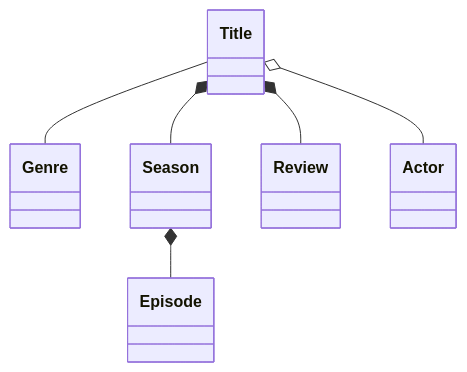
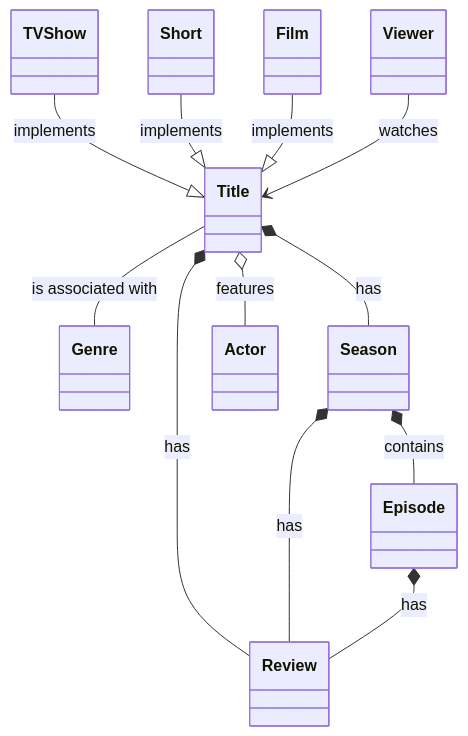
Before and after one commit to cristian658/mermaid-diagram: the diagram in Streamy.mmd, drawn with Mermaid. The commit also changed 1 other file, not shown here.

```diff
--- a/Streamy.mmd
+++ b/Streamy.mmd
@@ -1,7 +1,16 @@
 classDiagram
-  Title -- Genre
-  Title *-- Season
-  Title *-- Review
-  Title o-- Actor
+  Title -- Genre: is associated with
+  Title *-- Season: has
+  Title *-- Review: has
+  Title o-- Actor: features
 
-Season *-- Episode
+  TV Show --|> Title: implements
+  Short --|> Title: implements
+  Film --|> Title: implements
+
+  Viewer --> Title: watches
+
+  Season *-- Review: has
+  Season *-- Episode: contains
+
+  Episode *-- Review: has
```
